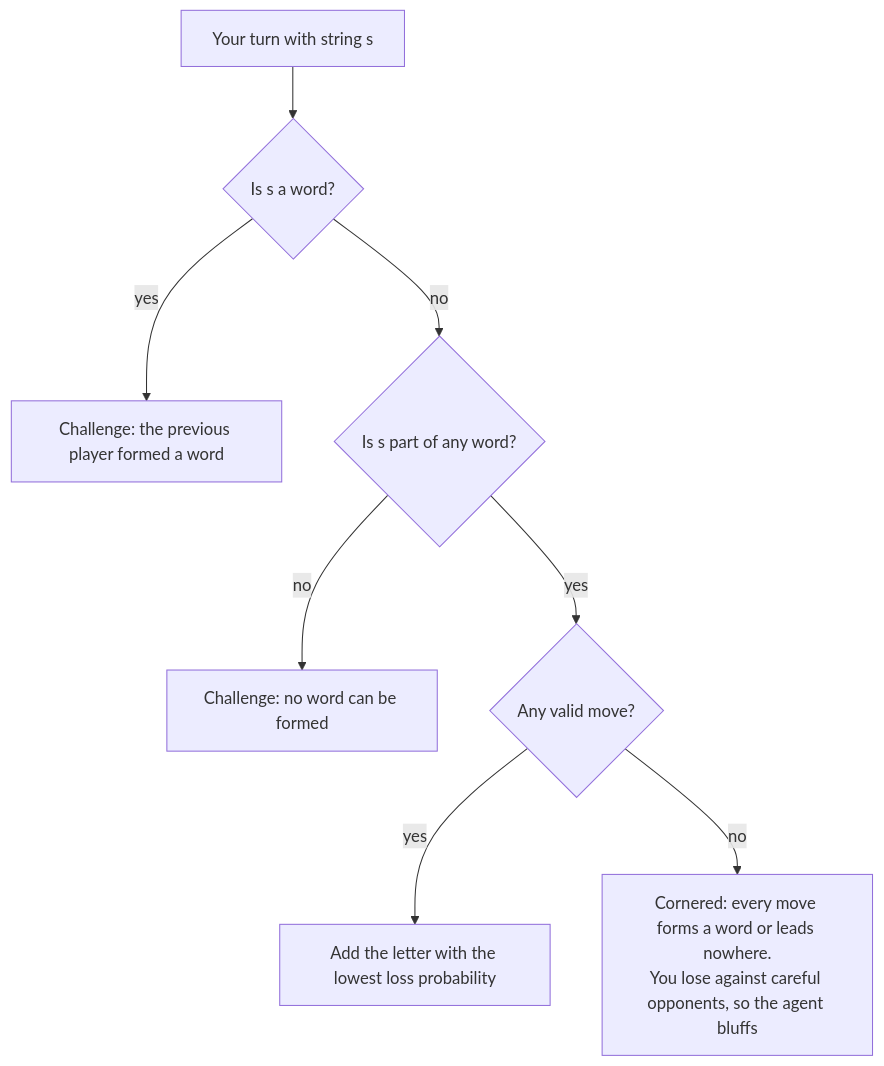
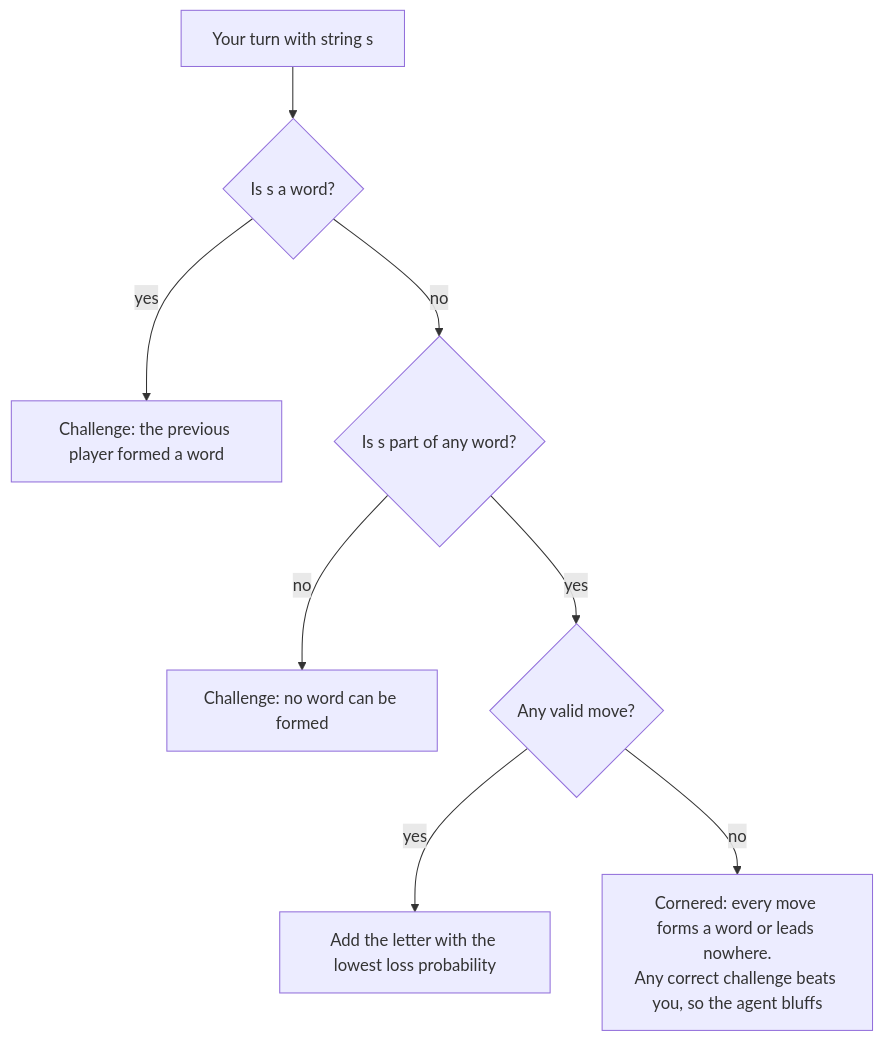
The first of 4 diagrams in agents/GameTreeAgent/README.md (joshuacortez/wordnt), drawn with Mermaid before and after one commit. The commit also changed other lines of this file, not shown here.

First line of the commit message:
Tighten the Game Tree Agent explainer

````diff
--- a/agents/GameTreeAgent/README.md
+++ b/agents/GameTreeAgent/README.md
@@ -23,10 +23,10 @@
 ```mermaid
 flowchart TD
     A["Your turn with string s"] --> B{"Is s a word?"}
     B -- yes --> C["Challenge: the previous player formed a word"]
     B -- no --> D{"Is s part of any word?"}
     D -- no --> E["Challenge: no word can be formed"]
     D -- yes --> F{"Any valid move?"}
     F -- yes --> G["Add the letter with the lowest loss probability"]
-    F -- no --> H["Cornered: every move forms a word or leads nowhere.<br/>You lose against careful opponents, so the agent bluffs"]
+    F -- no --> H["Cornered: every move forms a word or leads nowhere.<br/>Any correct challenge beats you, so the agent bluffs"]
 ```
````
